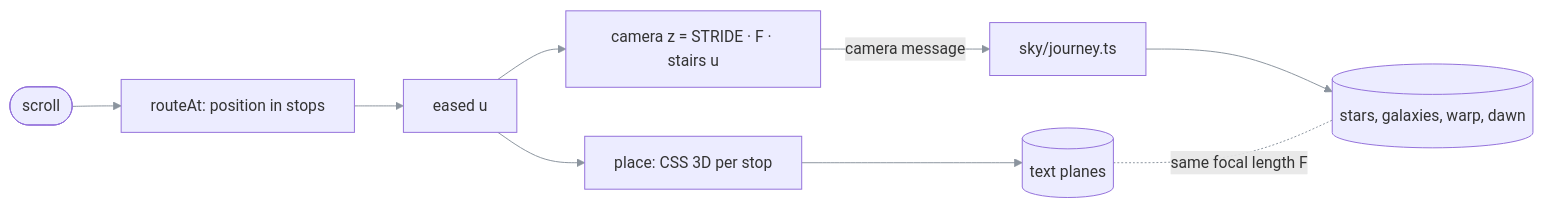
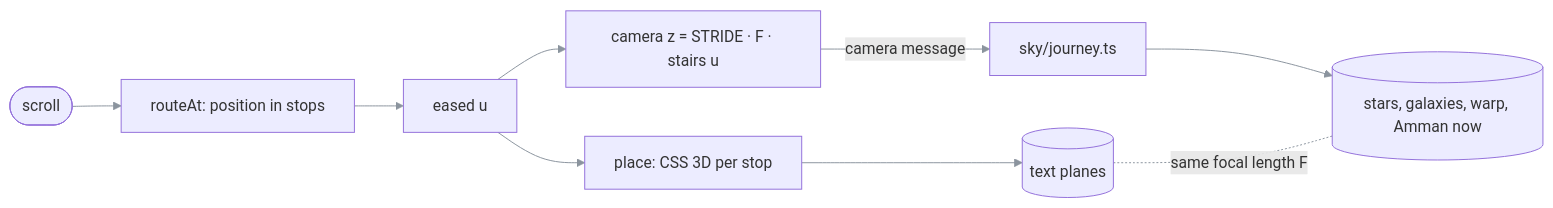
Before and after one commit to EzzoHamdan/EzzoHamdan.github.io: the third of 4 diagrams in README.md, drawn with Mermaid. The commit also changed other lines of this file, not shown here.

Commit message:
Document Amman at its real time of day: the weights, the palettes, the preview and the sharp edges

````diff
--- a/README.md
+++ b/README.md
@@ -280,12 +283,12 @@
 ```mermaid
 %%{init: {'themeVariables': {'fontFamily': 'ui-monospace, SFMono-Regular, Menlo, monospace', 'lineColor': '#8b949e'}}}%%
 flowchart LR
   scroll([scroll]) --> u[routeAt: position in stops]
   u --> eased[eased u]
   eased --> place[place: CSS 3D per stop]
   eased --> cam[camera z = STRIDE · F · stairs u]
   place --> planes[(text planes)]
   cam -- "camera message" --> worker[sky/journey.ts]
-  worker --> sky[(stars, galaxies, warp, dawn)]
+  worker --> sky[(stars, galaxies, warp, Amman now)]
   planes -. "same focal length F" .- sky
 ```
````
